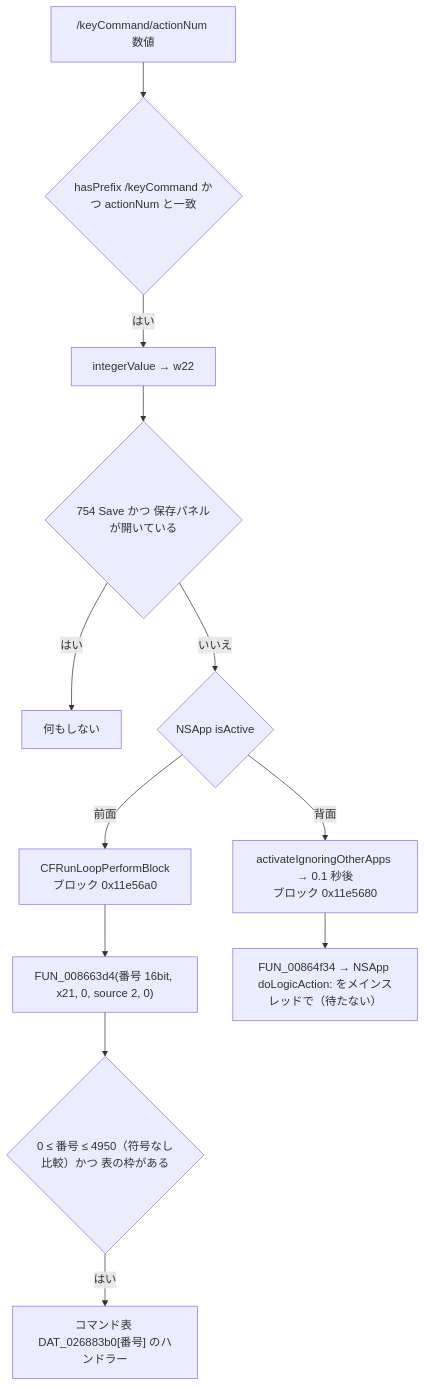
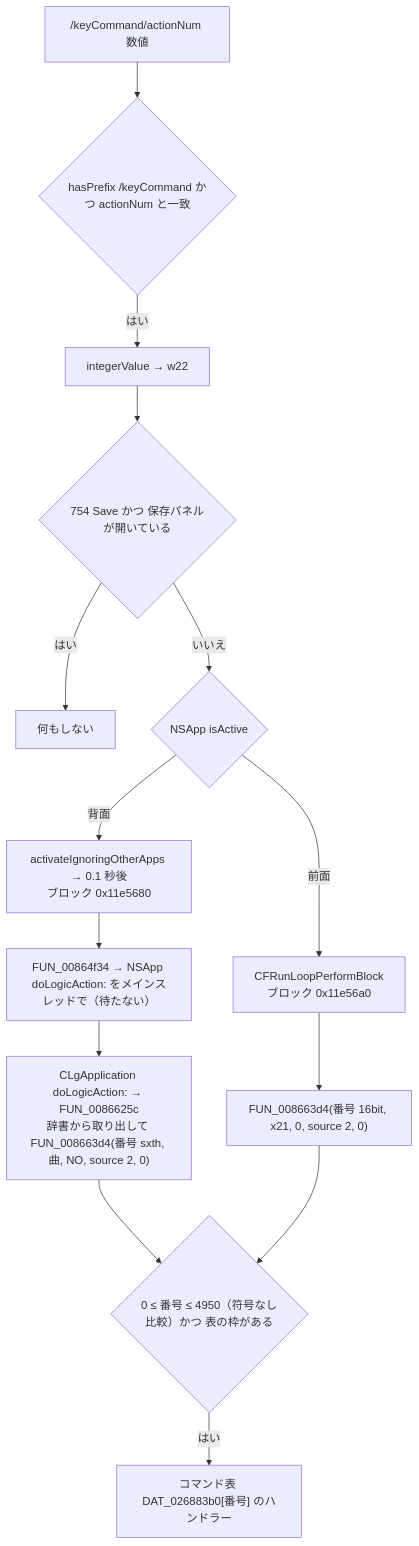
The diagram in Research/static-analysis/SA-REMOTE-KEYCOMMAND-001.md (uniuninaruru/logic-pro-ctl), drawn with Mermaid before and after one commit. The commit also changed other lines of this file and 5 other files, not shown here.

First line of the commit message:
SA-REMOTE-KEYCOMMAND-001: the background actionNum path also reaches the dispatcher with source 2

````diff
--- a/Research/static-analysis/SA-REMOTE-KEYCOMMAND-001.md
+++ b/Research/static-analysis/SA-REMOTE-KEYCOMMAND-001.md
@@ -26,14 +26,16 @@
 ```mermaid
 flowchart TD
     A["/keyCommand/actionNum 数値"] --> B{"hasPrefix /keyCommand かつ actionNum と一致"}
     B -->|はい| C["integerValue → w22"]
     C --> D{"754 Save かつ 保存パネルが開いている"}
     D -->|はい| X["何もしない"]
     D -->|いいえ| E{"NSApp isActive"}
     E -->|前面| F["CFRunLoopPerformBlock<br/>ブロック 0x11e56a0"]
     F --> G["FUN_008663d4(番号 16bit, x21, 0, source 2, 0)"]
     E -->|背面| H["activateIgnoringOtherApps → 0.1 秒後<br/>ブロック 0x11e5680"]
     H --> I["FUN_00864f34 → NSApp doLogicAction: をメインスレッドで（待たない）"]
+    I --> I2["CLgApplication doLogicAction: → FUN_0086625c<br/>辞書から取り出して FUN_008663d4(番号 sxth, 曲, NO, source 2, 0)"]
+    I2 --> J
     G --> J{"0 ≤ 番号 ≤ 4950（符号なし比較）かつ 表の枠がある"}
     J -->|はい| K["コマンド表 DAT_026883b0[番号] のハンドラー"]
 ```
````
